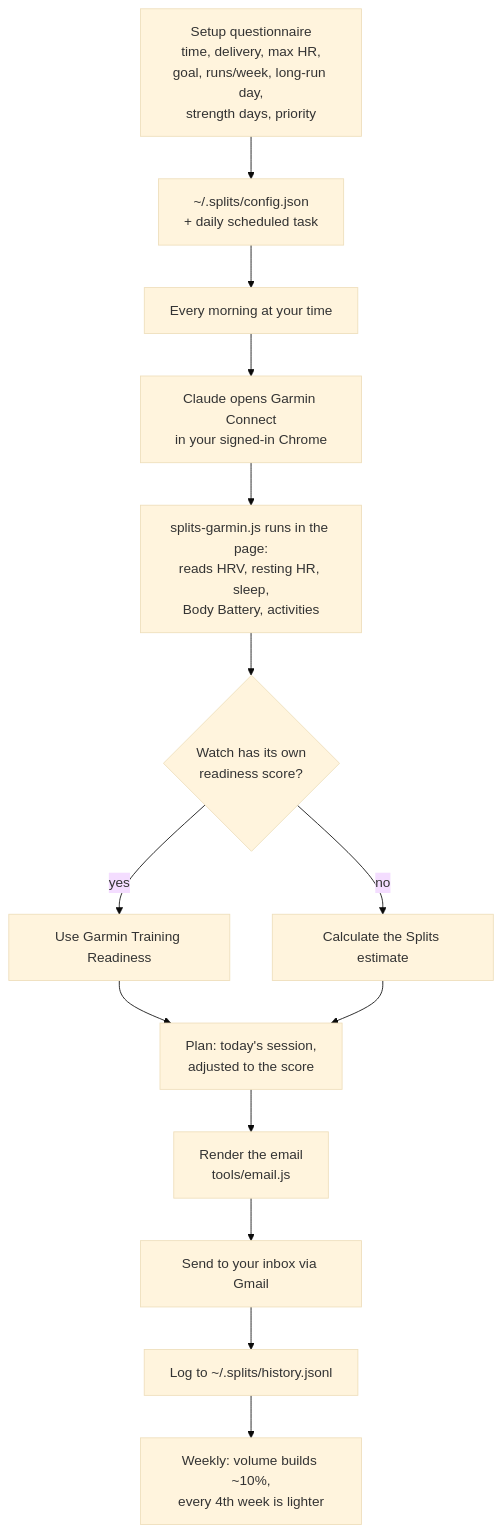
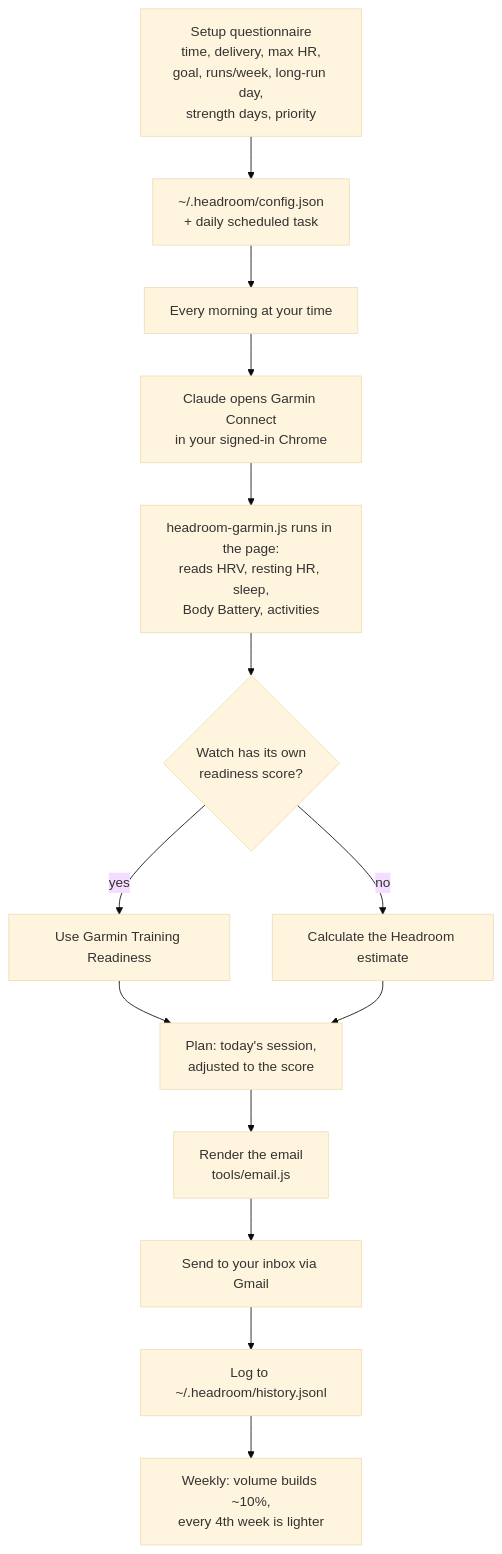
The diagram in README.md (raghuveer4b5-spec/headroom), drawn with Mermaid (base theme) before and after one commit. The commit also changed other lines of this file and 16 other files, not shown here.

First line of the commit message:
Rename Splits to Headroom

````diff
--- a/README.md
+++ b/README.md
@@ -36,16 +36,16 @@
 ```mermaid
 flowchart TD
-    A[Setup questionnaire<br/>time, delivery, max HR,<br/>goal, runs/week, long-run day,<br/>strength days, priority] --> B[~/.splits/config.json<br/>+ daily scheduled task]
+    A[Setup questionnaire<br/>time, delivery, max HR,<br/>goal, runs/week, long-run day,<br/>strength days, priority] --> B[~/.headroom/config.json<br/>+ daily scheduled task]
     B --> C[Every morning at your time]
     C --> D[Claude opens Garmin Connect<br/>in your signed-in Chrome]
-    D --> E[splits-garmin.js runs in the page:<br/>reads HRV, resting HR, sleep,<br/>Body Battery, activities]
+    D --> E[headroom-garmin.js runs in the page:<br/>reads HRV, resting HR, sleep,<br/>Body Battery, activities]
     E --> F{Watch has its own<br/>readiness score?}
     F -- yes --> G[Use Garmin Training Readiness]
-    F -- no --> H[Calculate the Splits estimate]
+    F -- no --> H[Calculate the Headroom estimate]
     G --> I[Plan: today's session,<br/>adjusted to the score]
     H --> I
     I --> J[Render the email<br/>tools/email.js]
     J --> K[Send to your inbox via Gmail]
-    K --> L[Log to ~/.splits/history.jsonl]
+    K --> L[Log to ~/.headroom/history.jsonl]
     L --> M[Weekly: volume builds ~10%,<br/>every 4th week is lighter]
 ```
````
